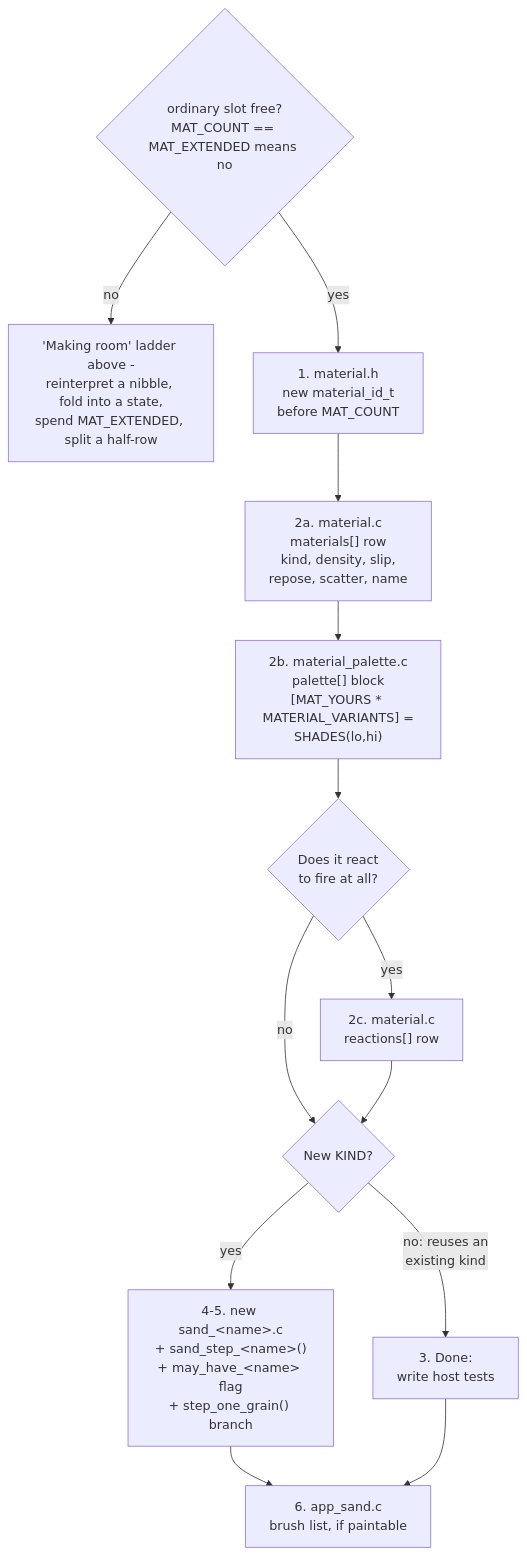
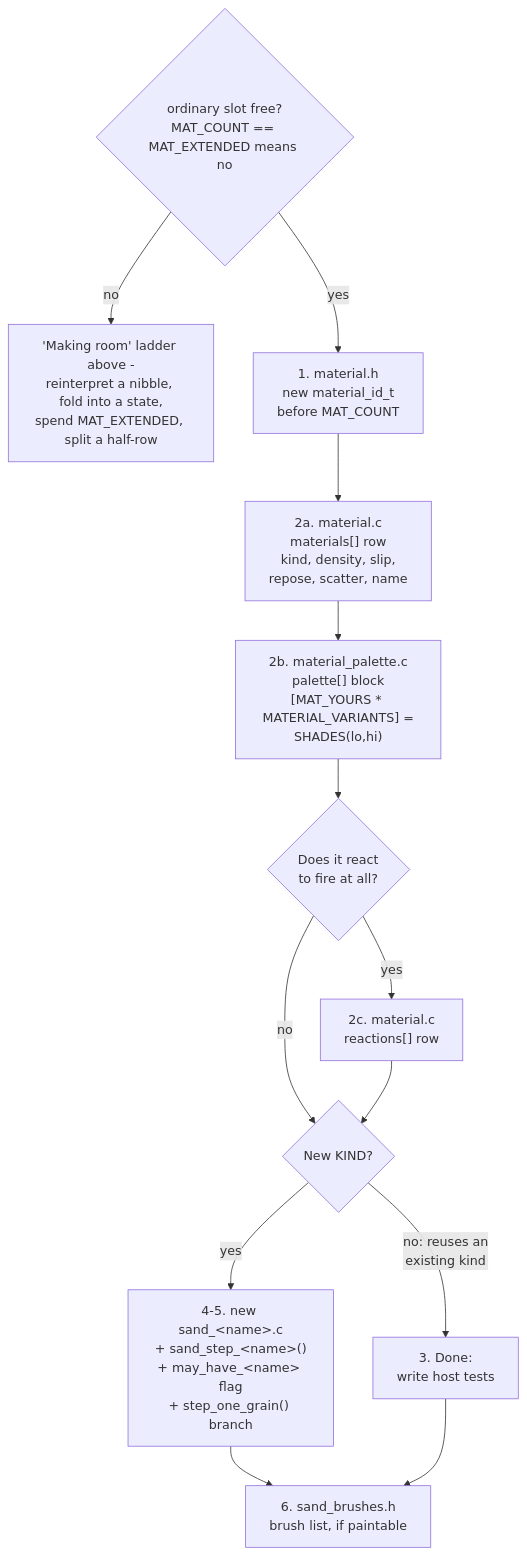
Before and after one commit to jose-villegas/autana: the diagram in docs/sand/Adding-a-Material.md, drawn with Mermaid. The commit also changed other lines of this file and 21 other files, not shown here.

Commit message:
sand: review fixes - one radius rounding, named Q8 units, brush list read by every suite

````diff
--- a/docs/sand/Adding-a-Material.md
+++ b/docs/sand/Adding-a-Material.md
@@ -297,16 +297,16 @@
 ```mermaid
 flowchart TD
     Slot{"ordinary slot free?<br/>MAT_COUNT == MAT_EXTENDED means no"}
     Slot -->|no| Room["'Making room' ladder above -<br/>reinterpret a nibble, fold into a state,<br/>spend MAT_EXTENDED, split a half-row"]
     Slot -->|yes| A["1. material.h<br/>new material_id_t<br/>before MAT_COUNT"]
     A --> B["2a. material.c<br/>materials[] row<br/>kind, density, slip,<br/>repose, scatter, name"]
     B --> C["2b. material_palette.c<br/>palette[] block<br/>[MAT_YOURS * MATERIAL_VARIANTS] =<br/>SHADES(lo,hi)"]
     C --> D{"Does it react<br/>to fire at all?"}
     D -->|yes| E["2c. material.c<br/>reactions[] row"]
     D -->|no| F
     E --> F{"New KIND?"}
     F -->|"no: reuses an<br/>existing kind"| G["3. Done:<br/>write host tests"]
     F -->|yes| H["4-5. new sand_&lt;name&gt;.c<br/>+ sand_step_&lt;name&gt;()<br/>+ may_have_&lt;name&gt; flag<br/>+ step_one_grain() branch"]
-    H --> I["6. app_sand.c<br/>brush list, if paintable"]
+    H --> I["6. sand_brushes.h<br/>brush list, if paintable"]
     G --> I
 ```
````
